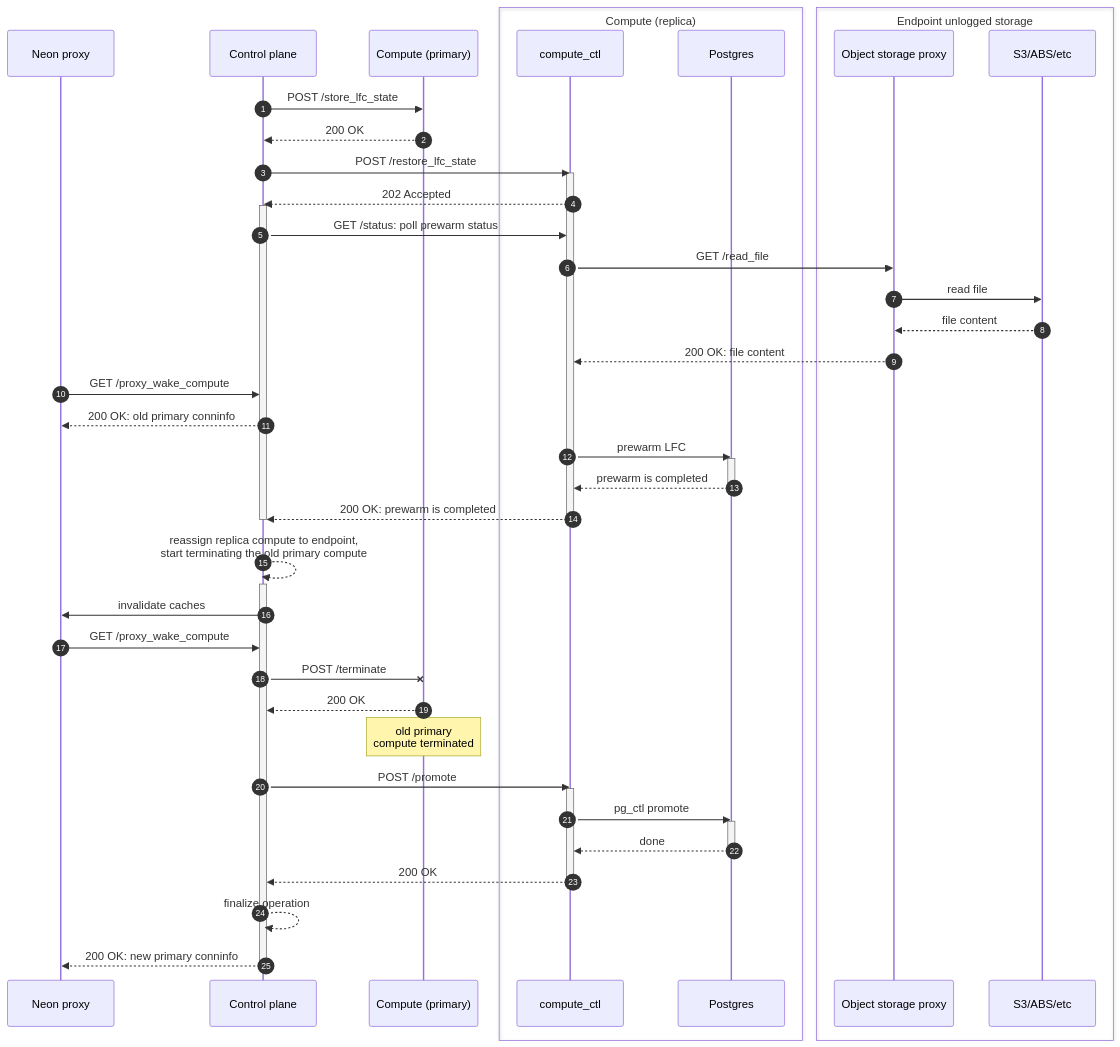
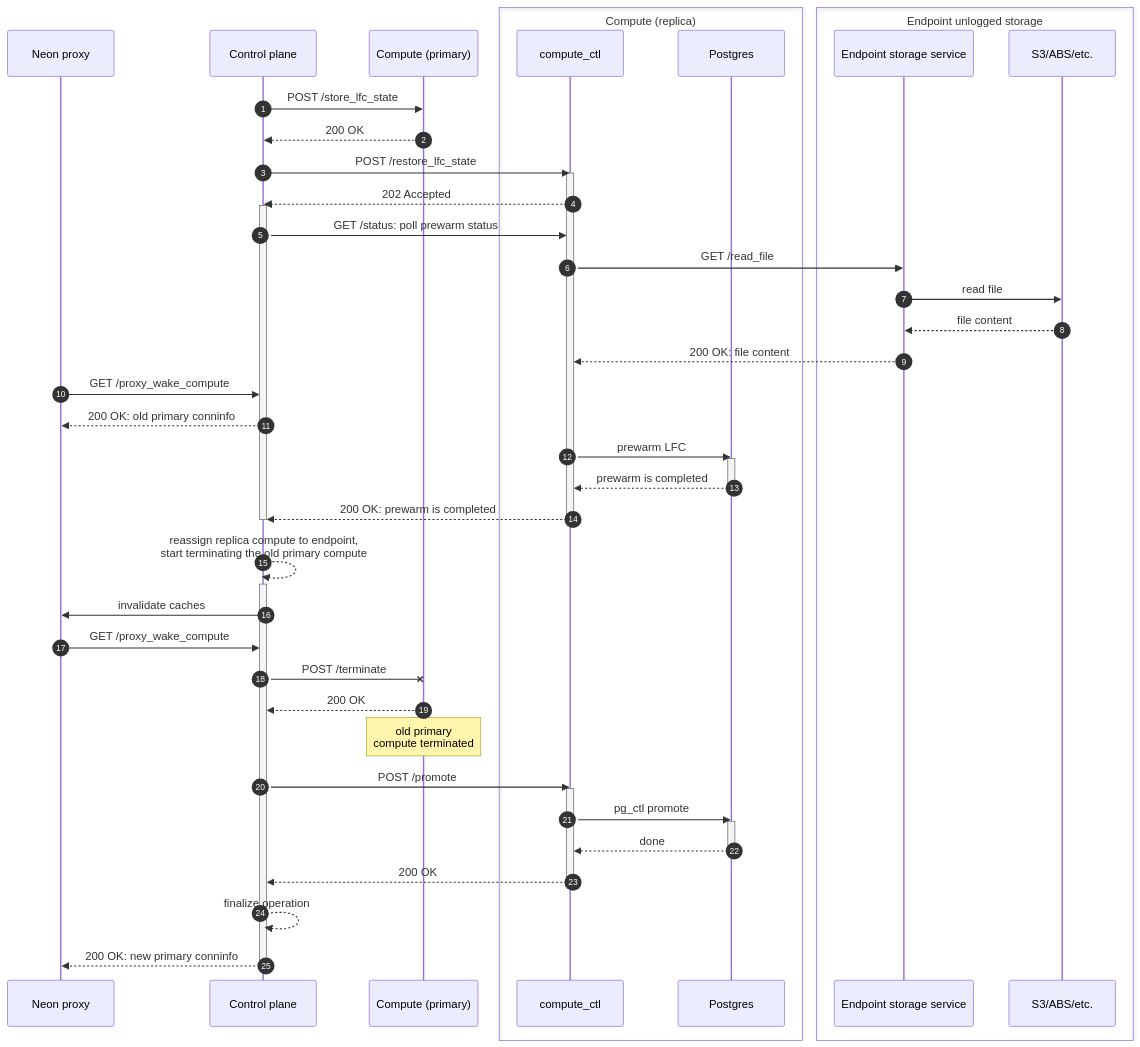
Before and after one commit to neondatabase/neon: the diagram in docs/rfcs/2025-03-17-compute-prewarm.md, drawn with Mermaid. The commit also changed other lines of this file, not shown here.

````diff
--- a/docs/rfcs/2025-03-17-compute-prewarm.md
+++ b/docs/rfcs/2025-03-17-compute-prewarm.md
@@ -199,70 +199,70 @@
 ```mermaid
   sequenceDiagram
 
   autonumber
 
   participant proxy as Neon proxy
 
   participant cplane as Control plane
 
   participant primary as Compute (primary)
   box Compute (replica)
     participant ctl as compute_ctl
     participant pg as Postgres
   end
 
   box Endpoint unlogged storage
-    participant s3proxy as Object storage proxy
-    participant s3 as S3/ABS/etc
+    participant s3proxy as Endpoint storage service
+    participant s3 as S3/ABS/etc.
   end
 
 
   cplane ->> primary: POST /store_lfc_state
   primary -->> cplane: 200 OK
 
   cplane ->> ctl: POST /restore_lfc_state
   activate ctl
   ctl -->> cplane: 202 Accepted
 
   activate cplane
   cplane ->> ctl: GET /status: poll prewarm status
   ctl ->> s3proxy: GET /read_file
   s3proxy ->> s3: read file
   s3 -->> s3proxy: file content
   s3proxy -->> ctl: 200 OK: file content
 
   proxy ->> cplane: GET /proxy_wake_compute
   cplane -->> proxy: 200 OK: old primary conninfo
 
   ctl ->> pg: prewarm LFC
   activate pg
   pg -->> ctl: prewarm is completed
   deactivate pg
 
   ctl -->> cplane: 200 OK: prewarm is completed
   deactivate ctl
   deactivate cplane
 
   cplane -->> cplane: reassign replica compute to endpoint,<br>start terminating the old primary compute
   activate cplane
   cplane ->> proxy: invalidate caches
 
   proxy ->> cplane: GET /proxy_wake_compute
 
   cplane -x primary: POST /terminate
   primary -->> cplane: 200 OK
   note over primary: old primary<br>compute terminated
 
   cplane ->> ctl: POST /promote
   activate ctl
   ctl ->> pg: pg_ctl promote
   activate pg
   pg -->> ctl: done
   deactivate pg
   ctl -->> cplane: 200 OK
   deactivate ctl
 
   cplane -->> cplane: finalize operation
   cplane -->> proxy: 200 OK: new primary conninfo
   deactivate cplane
 ```
````
